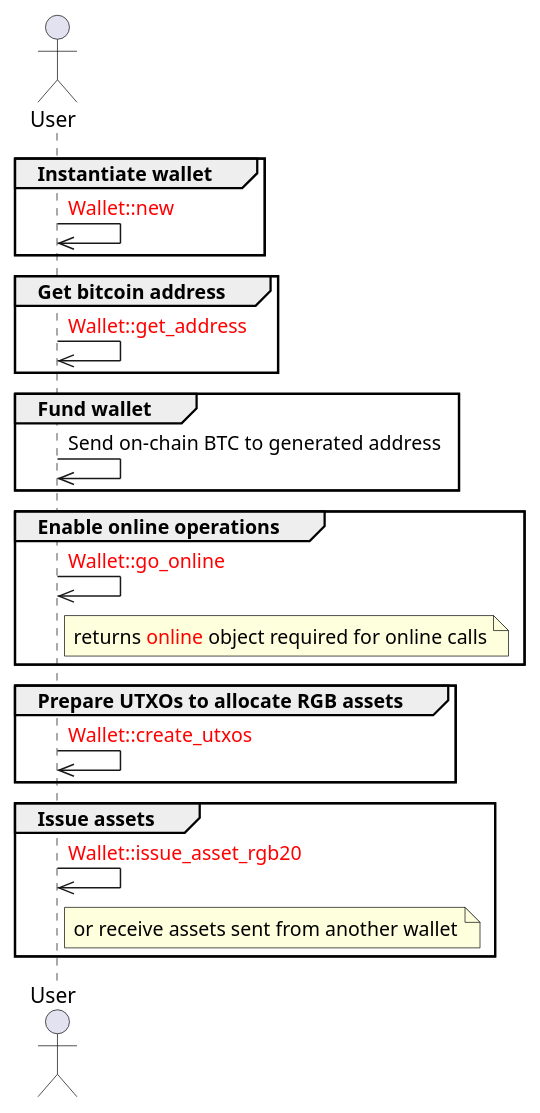
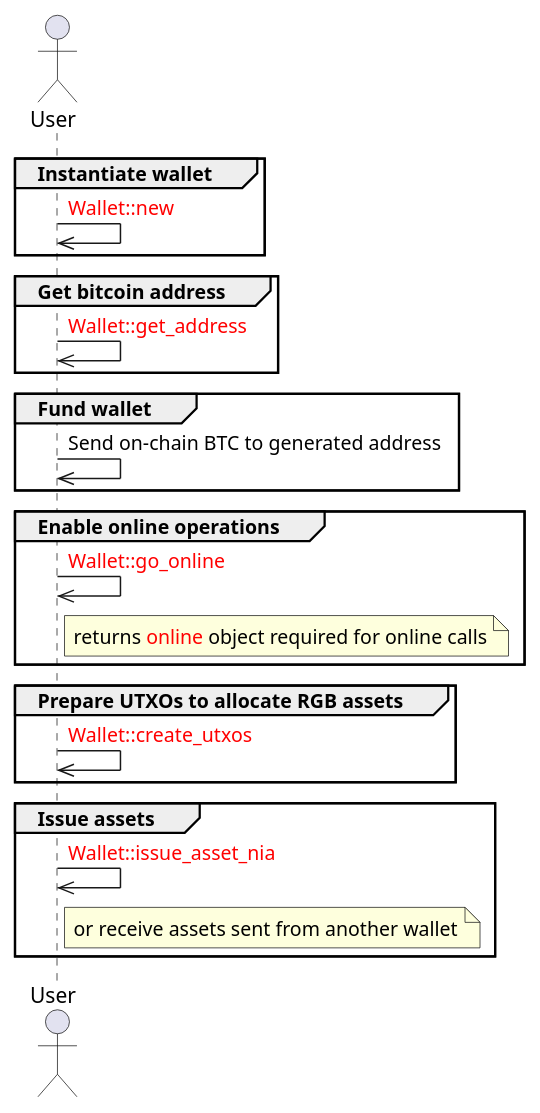
Before and after one commit to RGB-Tools/rgb-lib: the diagram in docs/UML/transfer_flow_preparation.puml, drawn with PlantUML. The commit also changed 23 other files, not shown here.

Commit message:
rename rgb20 to nia and rgb25 to cfa

```diff
--- a/docs/UML/transfer_flow_preparation.puml
+++ b/docs/UML/transfer_flow_preparation.puml
@@ -1,29 +1,29 @@
 @startuml
 Actor User as R
 
 group Instantiate wallet
 R ->> R: <font color=red>Wallet::new</font>
 end
 
 group Get bitcoin address
 R ->> R: <font color=red>Wallet::get_address</font>
 end
 
 group Fund wallet
 R ->> R: Send on-chain BTC to generated address
 end
 
 group Enable online operations
 R ->> R: <font color=red>Wallet::go_online</font>
 note right of R: returns <font color=red>online</font> object required for online calls
 end
 
 group Prepare UTXOs to allocate RGB assets
 R ->> R: <font color=red>Wallet::create_utxos</font>
 end
 
 group Issue assets
-R ->> R: <font color=red>Wallet::issue_asset_rgb20</font>
+R ->> R: <font color=red>Wallet::issue_asset_nia</font>
 note right of R: or receive assets sent from another wallet
 end
 @enduml
```
